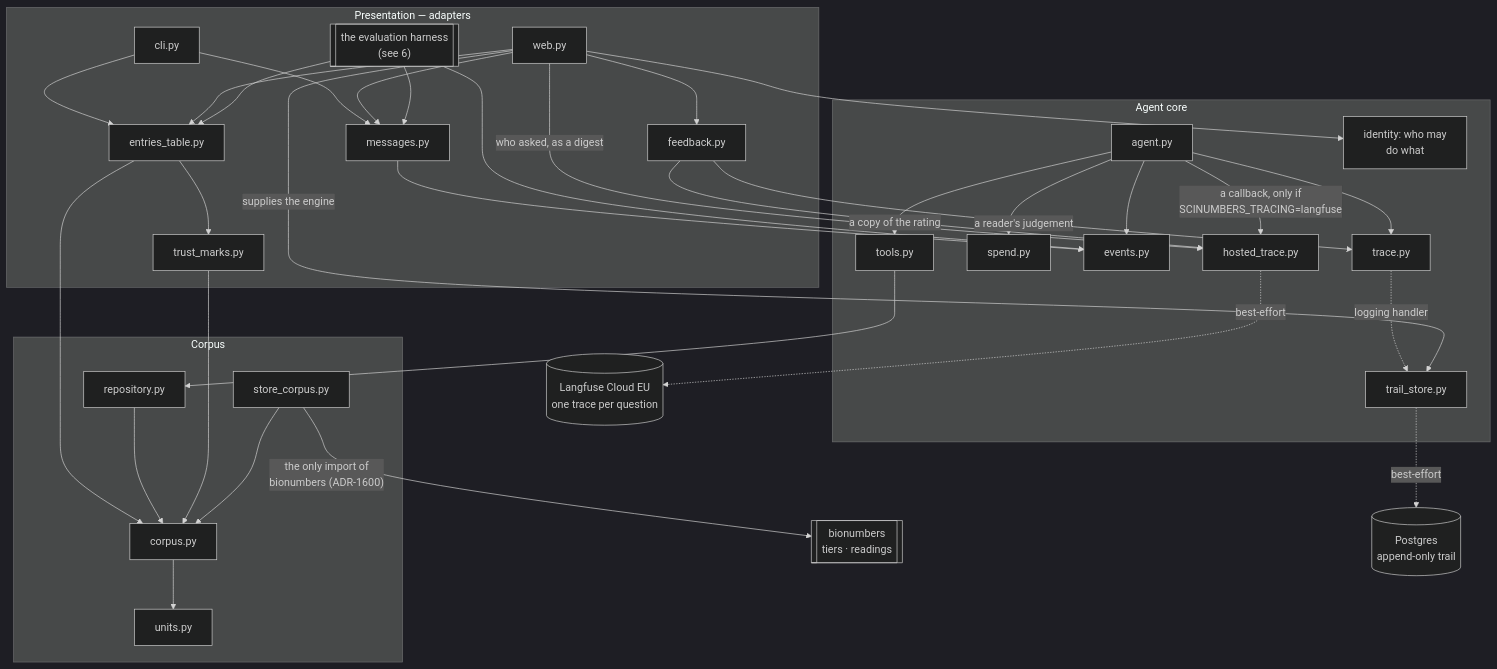
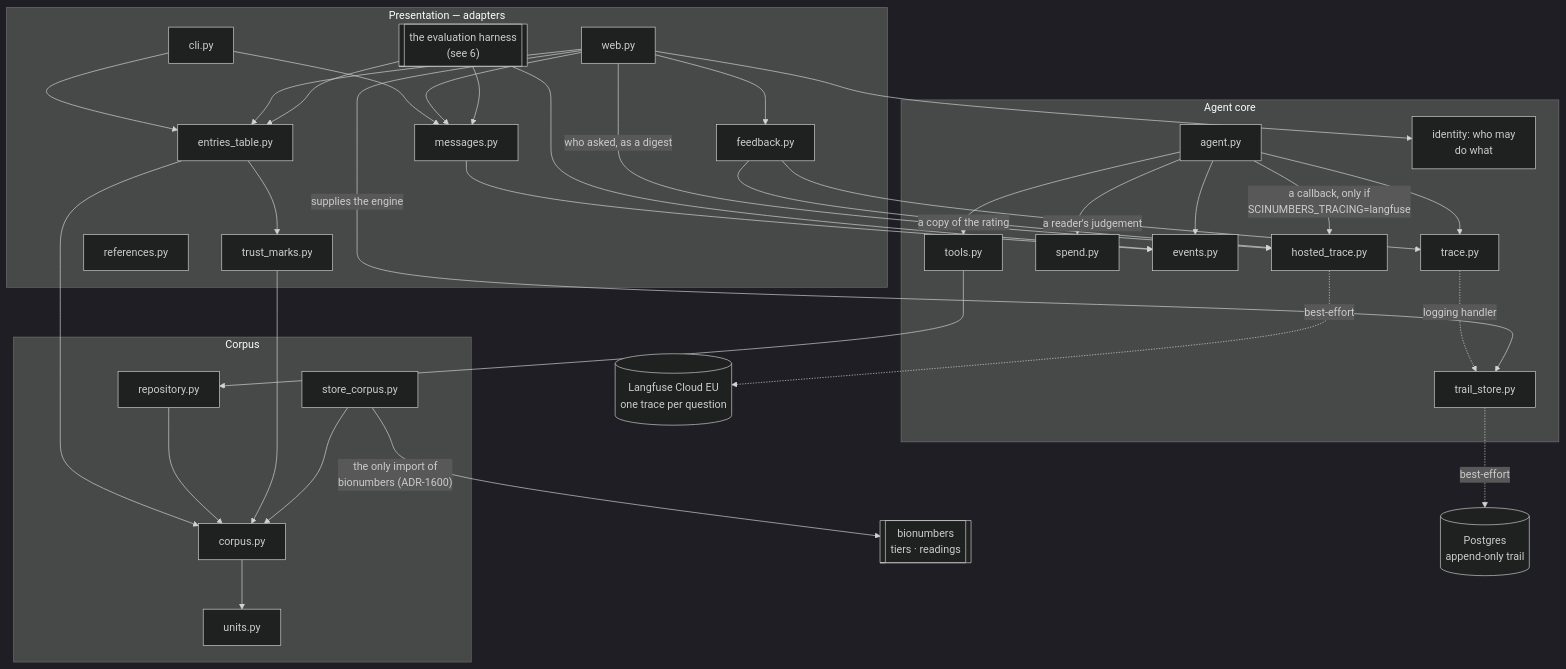
The third of 14 diagrams in docs/diagrams/architecture.md (DukeOfErl/Numera), drawn with Mermaid (dark theme) before and after one commit. The commit also changed other lines of this file and 17 other files, not shown here.

````diff
--- a/docs/diagrams/architecture.md
+++ b/docs/diagrams/architecture.md
@@ -88,62 +88,63 @@
 ```mermaid
 flowchart TB
     subgraph presentation["Presentation — adapters"]
         cli[cli.py]
         web[web.py]
         harness[["the evaluation harness<br/>(see 6)"]]
         messages[messages.py]
         table[entries_table.py]
         fb[feedback.py]
         tm[trust_marks.py]
+        refs[references.py]
     end
     subgraph core["Agent core"]
         agent[agent.py]
         tools[tools.py]
         spend[spend.py]
         events[events.py]
         trace[trace.py]
         store[trail_store.py]
         ht[hosted_trace.py]
         identity[identity: who may<br/>do what]
     end
     subgraph data["Corpus"]
         corpus[corpus.py]
         repo[repository.py]
         units[units.py]
         sc[store_corpus.py]
     end
     bn[["bionumbers<br/>tiers · readings"]]
     pg[("Postgres<br/>append-only trail")]
     lf[("Langfuse Cloud EU<br/>one trace per question")]
 
     cli --> messages
     web --> messages
     harness --> messages
     messages --> events
     cli --> table
     web --> table
     harness --> table
     table --> corpus
     harness --> events
     agent --> tools
     agent --> spend
     agent --> events
     agent --> trace
     tools --> repo
     repo --> corpus
     corpus --> units
     table --> tm
     tm --> corpus
     sc --> corpus
     sc -- "the only import of<br/>bionumbers (ADR-1600)" --> bn
     trace -. "logging handler" .-> store
     store -. "best-effort" .-> pg
     web -- "supplies the engine" --> store
     web --> fb
     fb -- "a reader's judgement" --> trace
     web --> identity
     agent -- "a callback, only if<br/>SCINUMBERS_TRACING=langfuse" --> ht
     web -- "who asked, as a digest" --> ht
     fb -- "a copy of the rating" --> ht
     ht -. "best-effort" .-> lf
 ```
````
